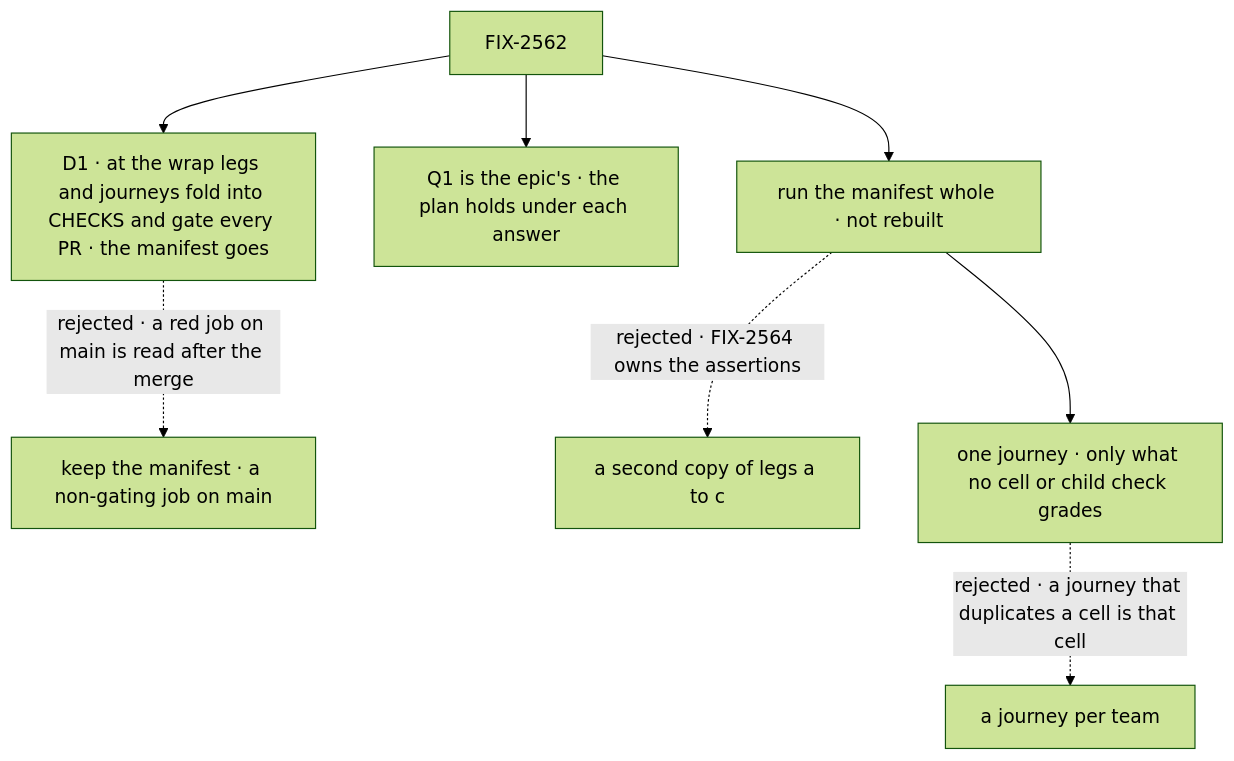
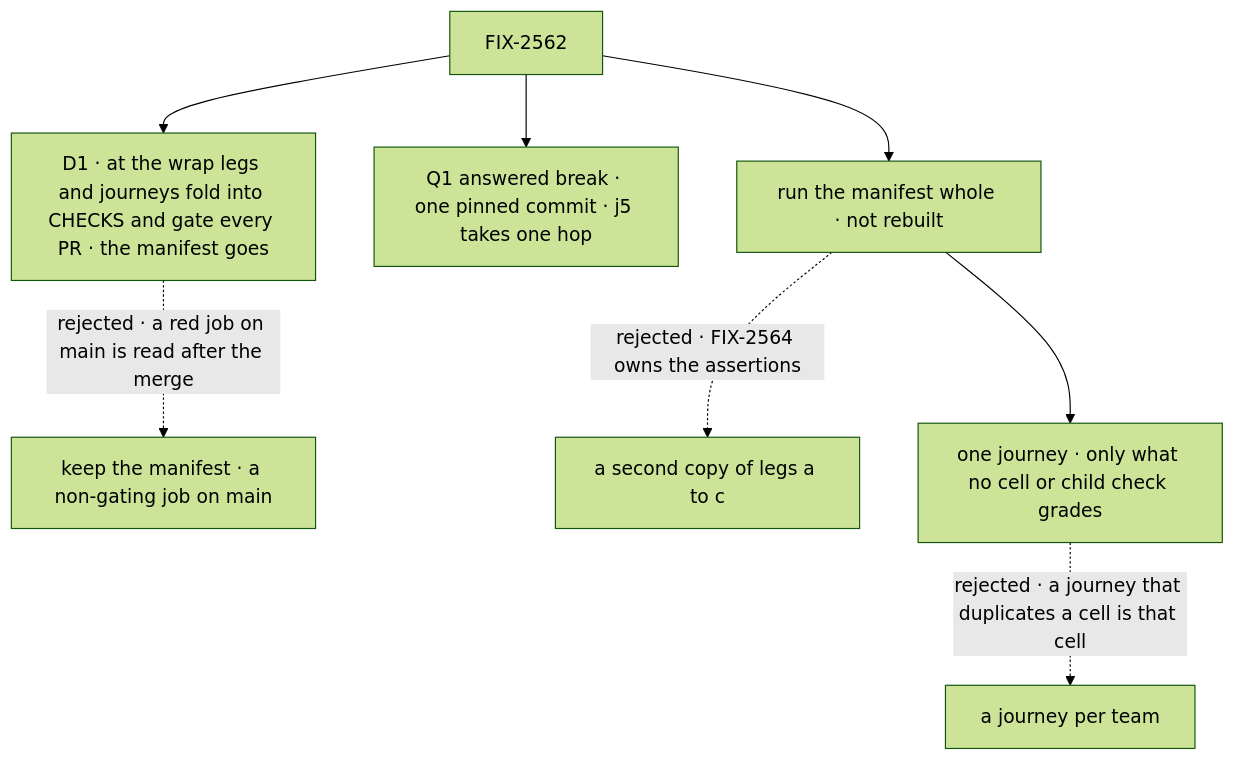
One commit to fixpoint-labs/flow-state-dev changed the diagram in specs/issues/FIX-2562/DECISIONS.md. Above: the diagram before and after it, drawn with Mermaid (forest theme). The commit also changed other lines of this file and 44 other files, not shown here.

````diff
--- a/specs/issues/FIX-2562/DECISIONS.md
+++ b/specs/issues/FIX-2562/DECISIONS.md
@@ -12,10 +12,10 @@
 ```mermaid
 flowchart TD
   I["FIX-2562"] --> D1["D1 · at the wrap legs and journeys fold into CHECKS and gate every PR · the manifest goes"]
   D1 -.->|"rejected · a red job on main is read after the merge"| X1["keep the manifest · a non-gating job on main"]
-  I --> Q["Q1 is the epic's · the plan holds under each answer"]
+  I --> Q["Q1 answered break · one pinned commit · j5 takes one hop"]
   I --> R["run the manifest whole · not rebuilt"]
   R -.->|"rejected · FIX-2564 owns the assertions"| X2["a second copy of legs a to c"]
   R --> J["one journey · only what no cell or child check grades"]
   J -.->|"rejected · a journey that duplicates a cell is that cell"| X3["a journey per team"]
 ```
````
